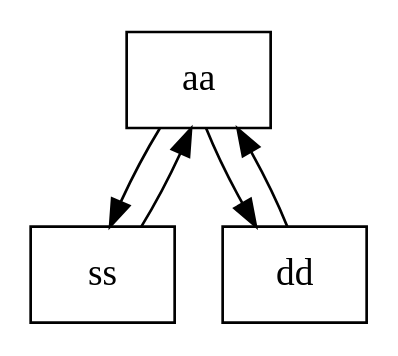
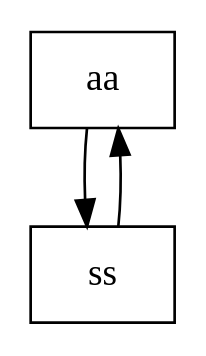
The diagram in output/matriz_amistades.dot (matiuuh/-EDD-Proyecto1_202203009), drawn with Graphviz before and after one commit. The commit also changed 5 other files, not shown here.

```diff
--- a/output/matriz_amistades.dot
+++ b/output/matriz_amistades.dot
@@ -1,7 +1,5 @@
 digraph G {
     node [shape=record];
     "aa" -> "ss";
     "ss" -> "aa";
-    "aa" -> "dd";
-    "dd" -> "aa";
 }
```
